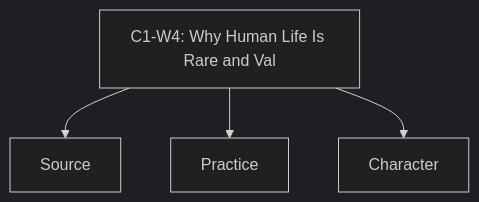
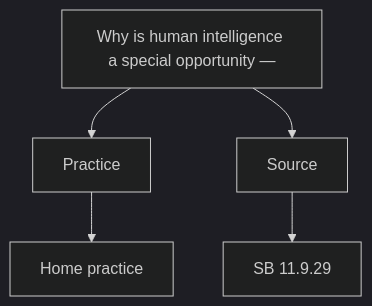
One commit to swap2you/kutumba-family-program changed the diagram in 11-weekly-program-library/first-six-months/c1-w4-why-human-life-is-rare-and-valuable/visuals/concept-map.mmd. Above: the diagram before and after it, drawn with Mermaid (dark theme). The commit also changed 155 other files, not shown here.

```diff
--- a/11-weekly-program-library/first-six-months/c1-w4-why-human-life-is-rare-and-valuable/visuals/concept-map.mmd
+++ b/11-weekly-program-library/first-six-months/c1-w4-why-human-life-is-rare-and-valuable/visuals/concept-map.mmd
@@ -1,4 +1,5 @@
-flowchart TD
-  A[C1-W4: Why Human Life Is Rare and Val] --> B[Source]
-  A --> C[Practice]
-  A --> D[Character]
+flowchart TB
+  Q["Why is human intelligence a special opportunity — "] --> P[Practice]
+  Q --> S[Source]
+  S --> V[SB 11.9.29]
+  P --> H[Home practice]
```
